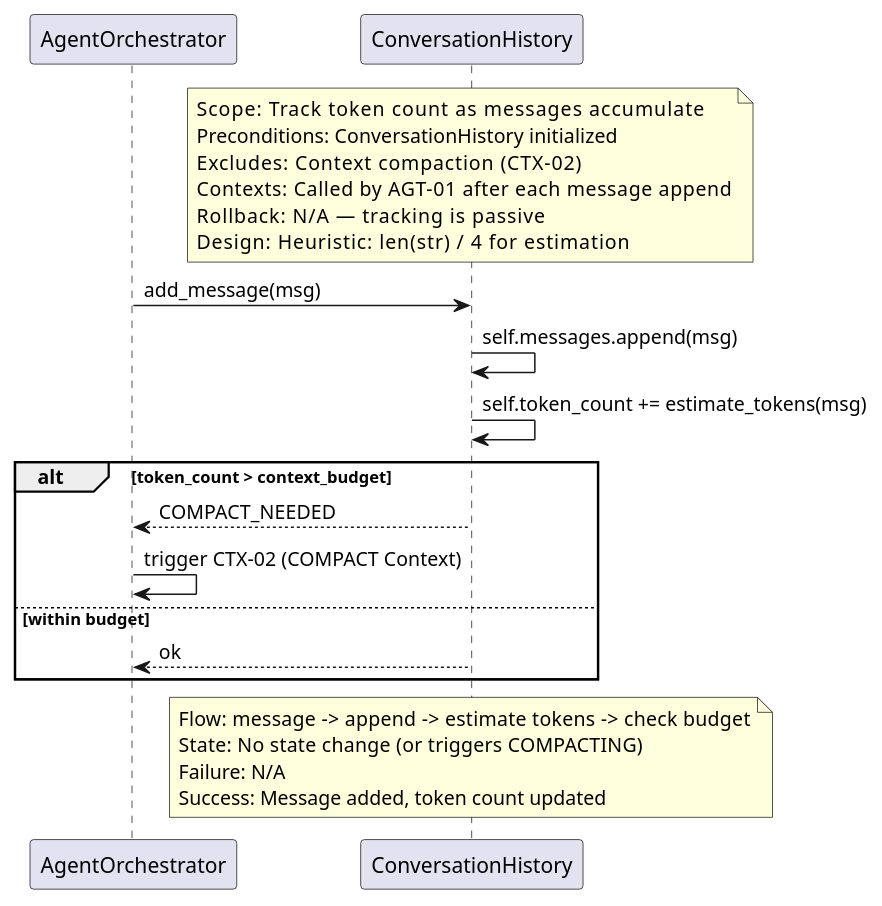
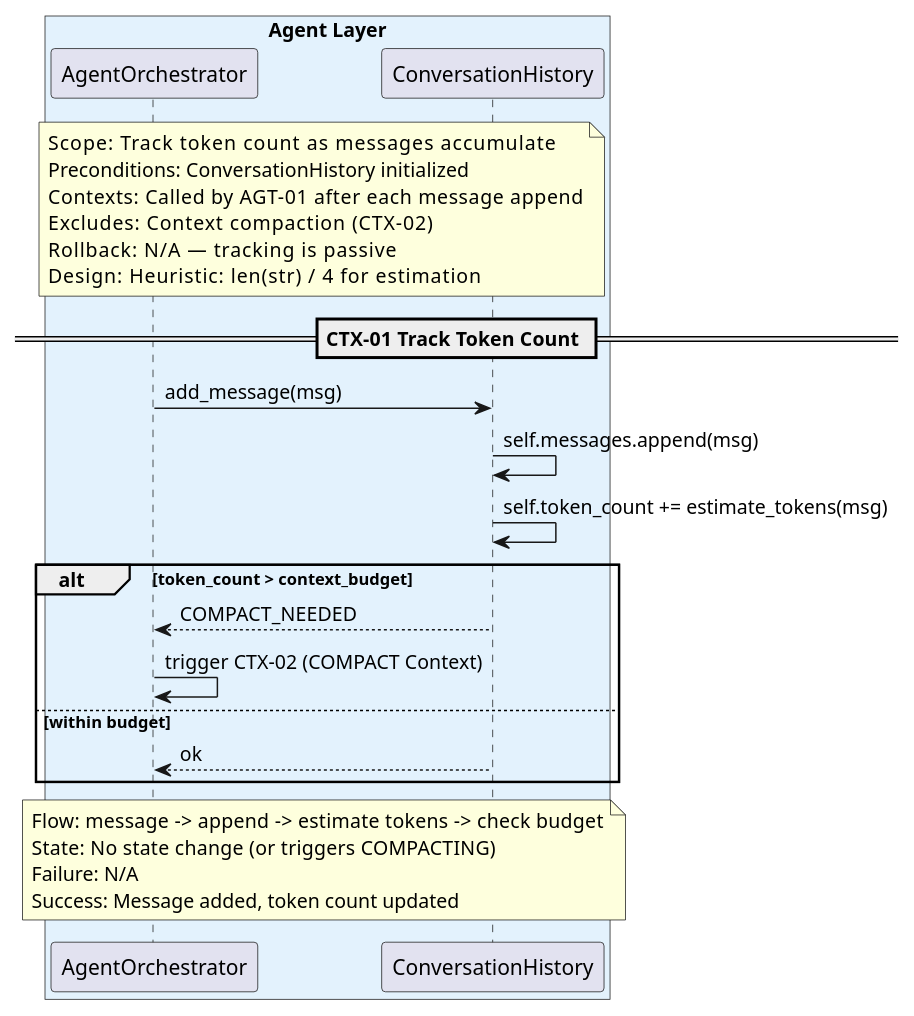
One commit to salimnamvar/nasim changed the diagram in docs/sq/CTX/sq_ctx01_track_token_count.puml. Above: the diagram before and after it, drawn with PlantUML. The commit also changed 37 other files, not shown here.

First line of the commit message:
docs: Refactor and enhance SQ, CTX, LLM, PRV, SAF, SSN, and TL diagrams for clarity and consistency

```diff
--- a/docs/sq/CTX/sq_ctx01_track_token_count.puml
+++ b/docs/sq/CTX/sq_ctx01_track_token_count.puml
@@ -1,45 +1,46 @@
 @startuml sq_ctx01_track_token_count
 ' ============================================================
 ' Title:     CTX-01 — Track Token Count
 ' Boundary:  nasim code agent CLI
 ' Purpose:   Track token count as messages are added
 ' Milestone: v1.0
 ' Version:   2.0.0
 ' Source:    docs/audit/audit_2026-06-20_capability-and-architecture.md
 ' Review:    —
 ' ============================================================
 
-participant "AgentOrchestrator" as agent
-participant "ConversationHistory" as history
-
 box "Agent Layer" #E3F2FD
+  participant "AgentOrchestrator" as agent
+  participant "ConversationHistory" as history
 end box
 
-note over history
+note over agent, history
   Scope:          Track token count as messages accumulate
   Preconditions:  ConversationHistory initialized
+  Contexts:       Called by AGT-01 after each message append
   Excludes:       Context compaction (CTX-02)
-  Contexts:       Called by AGT-01 after each message append
   Rollback:       N/A — tracking is passive
   Design:         Heuristic: len(str) / 4 for estimation
 end note
+
+== CTX-01 Track Token Count ==
 
 agent -> history : add_message(msg)
 history -> history : self.messages.append(msg)
 history -> history : self.token_count += estimate_tokens(msg)
 
 alt token_count > context_budget
     history --> agent : COMPACT_NEEDED
     agent -> agent : trigger CTX-02 (COMPACT Context)
 else within budget
     history --> agent : ok
 end
 
-note over history
+note over agent, history
   Flow:    message -> append -> estimate tokens -> check budget
   State:   No state change (or triggers COMPACTING)
   Failure: N/A
   Success: Message added, token count updated
 end note
 
 @enduml
```
